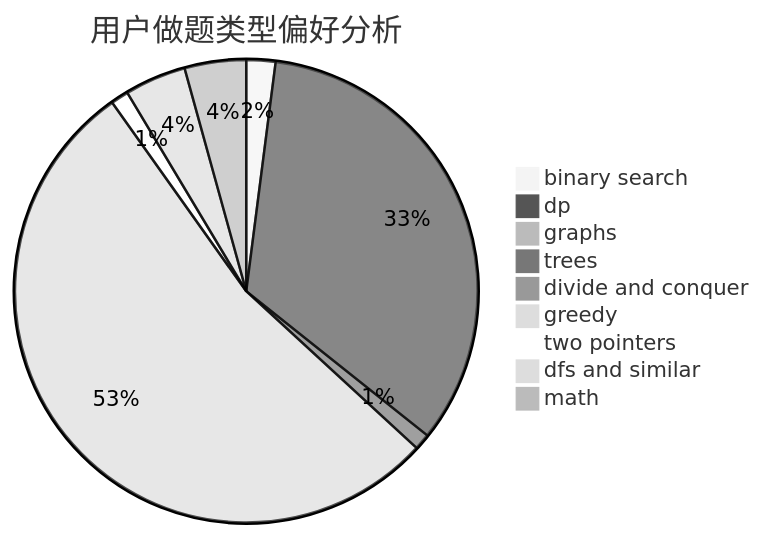
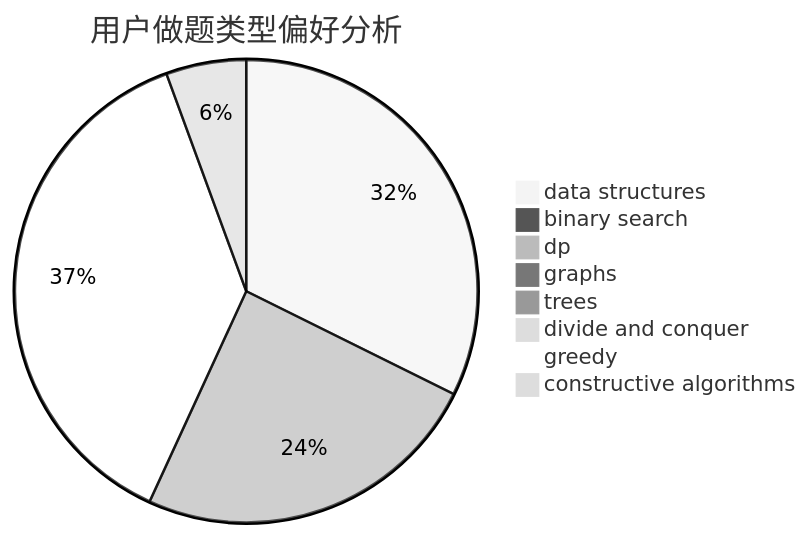
One commit to sherpahu/cfrs.github.io changed the second of 3 diagrams in docs/user/u1466.md. Above: the diagram before and after it, drawn with Mermaid (neutral theme). The commit also changed other lines of this file and 2775 other files, not shown here.

````diff
--- a/docs/user/u1466.md
+++ b/docs/user/u1466.md
@@ -23,12 +23,11 @@
 ```mermaid
 pie title 用户做题类型偏好分析
-    "binary search" :  54
-    "dp" :  894
-    "graphs" :  24
-    "trees" :  30
-    "divide and conquer" :  3
-    "greedy" :  1416
-    "two pointers" :  33
-    "dfs and similar" :  114
-    "math" :  114
+    "data structures" :  1028
+    "binary search" :  19
+    "dp" :  780
+    "graphs" :  8
+    "trees" :  22
+    "divide and conquer" :  2
+    "greedy" :  1194
+    "constructive algorithms" :  178
 ```
````
